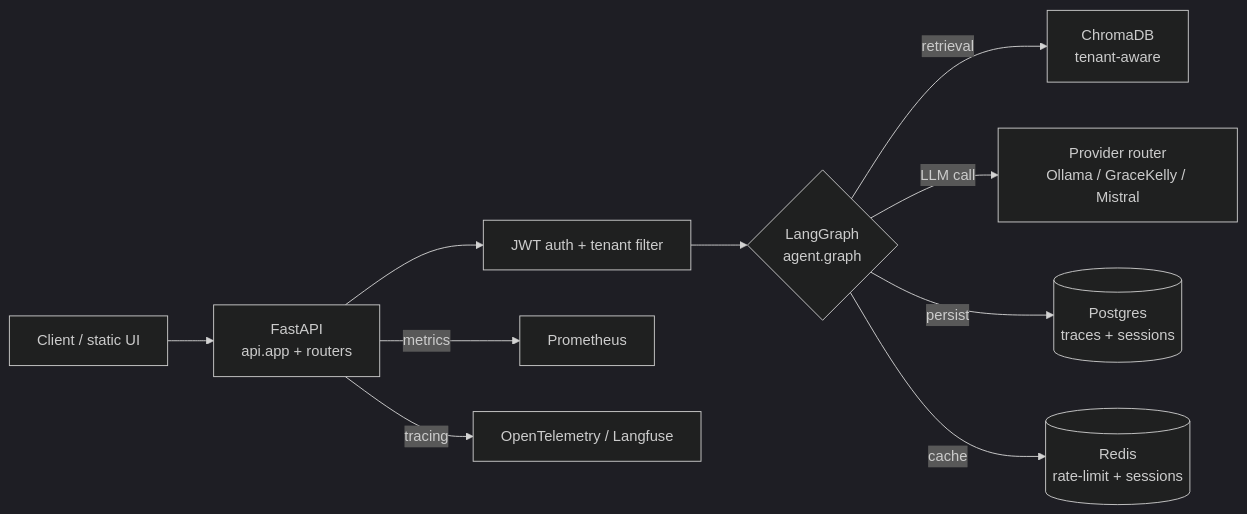
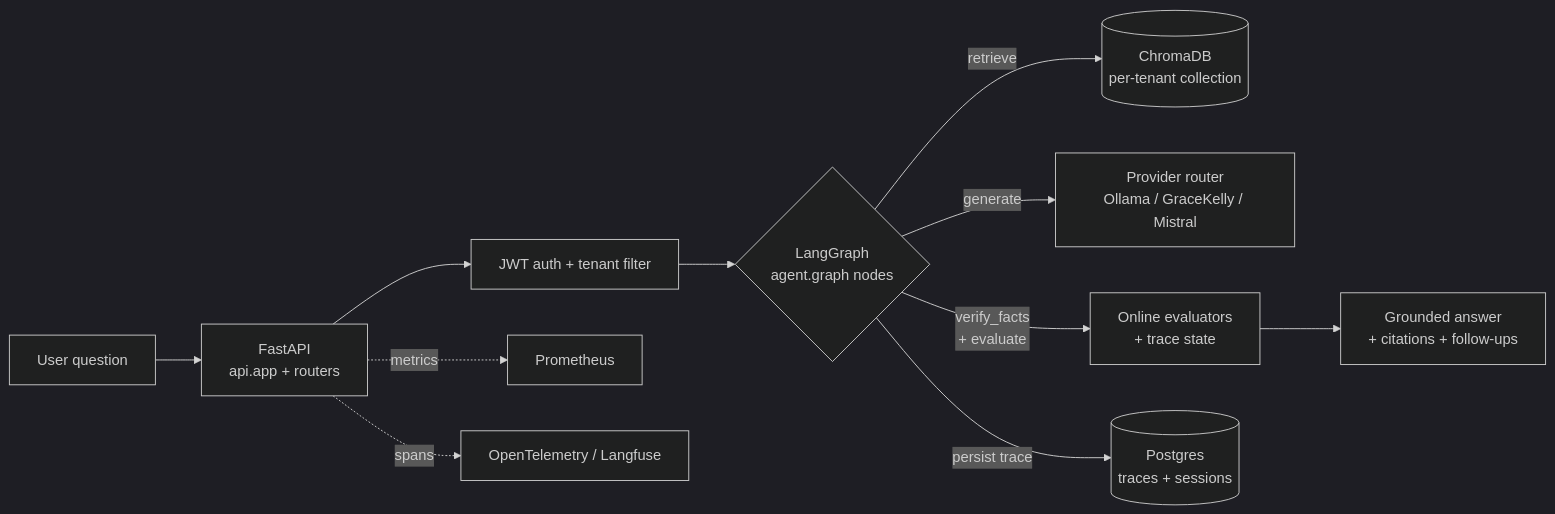
The diagram in docs-site/src/content/docs/architecture/index.mdx (brownjuly2003-code/RAG_Support_Assistant), drawn with Mermaid (dark theme) before and after one commit. The commit also changed other lines of this file and 7 other files, not shown here.

````diff
--- a/docs-site/src/content/docs/architecture/index.mdx
+++ b/docs-site/src/content/docs/architecture/index.mdx
@@ -10,12 +14,13 @@
 ```mermaid
 flowchart LR
-    Client[Client / static UI] --> FastAPI[FastAPI<br/>api.app + routers]
-    FastAPI --> Auth[JWT auth + tenant filter]
-    Auth --> Pipeline{LangGraph<br/>agent.graph}
-    Pipeline -->|retrieval| Chroma[ChromaDB<br/>tenant-aware]
-    Pipeline -->|LLM call| Provider[Provider router<br/>Ollama / GraceKelly / Mistral]
-    Pipeline -->|persist| Postgres[(Postgres<br/>traces + sessions)]
-    Pipeline -->|cache| Redis[(Redis<br/>rate-limit + sessions)]
-    FastAPI -->|metrics| Prom[Prometheus]
-    FastAPI -->|tracing| OTel[OpenTelemetry / Langfuse]
+    Q[User question] --> API[FastAPI<br/>api.app + routers]
+    API --> Auth[JWT auth + tenant filter]
+    Auth --> Graph{LangGraph<br/>agent.graph nodes}
+    Graph -->|retrieve| Chroma[(ChromaDB<br/>per-tenant collection)]
+    Graph -->|generate| LLM[Provider router<br/>Ollama / GraceKelly / Mistral]
+    Graph -->|verify_facts<br/>+ evaluate| Eval[Online evaluators<br/>+ trace state]
+    Graph -->|persist trace| PG[(Postgres<br/>traces + sessions)]
+    Eval --> Out[Grounded answer<br/>+ citations + follow-ups]
+    API -.->|metrics| Prom[Prometheus]
+    API -.->|spans| OTel[OpenTelemetry / Langfuse]
 ```
````
